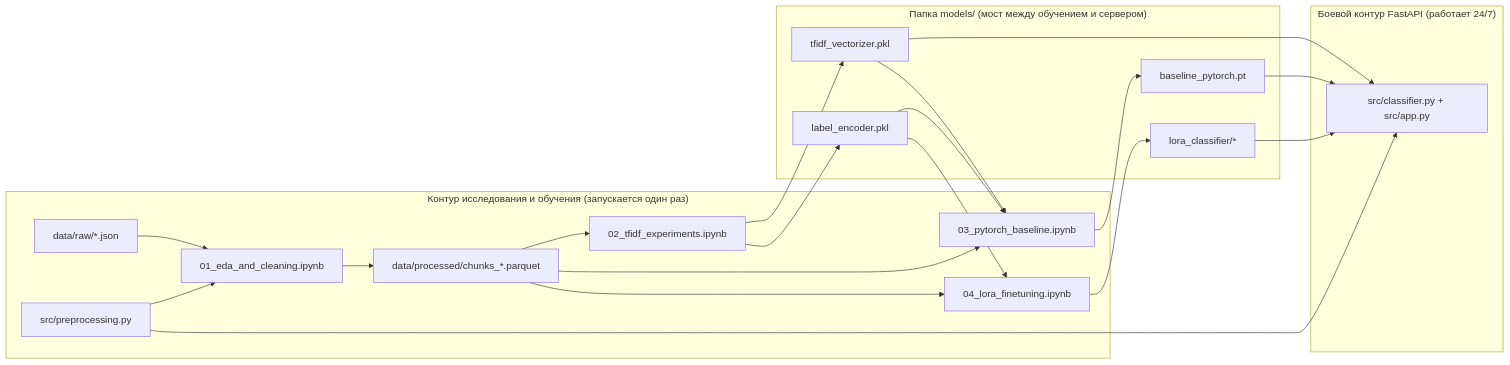
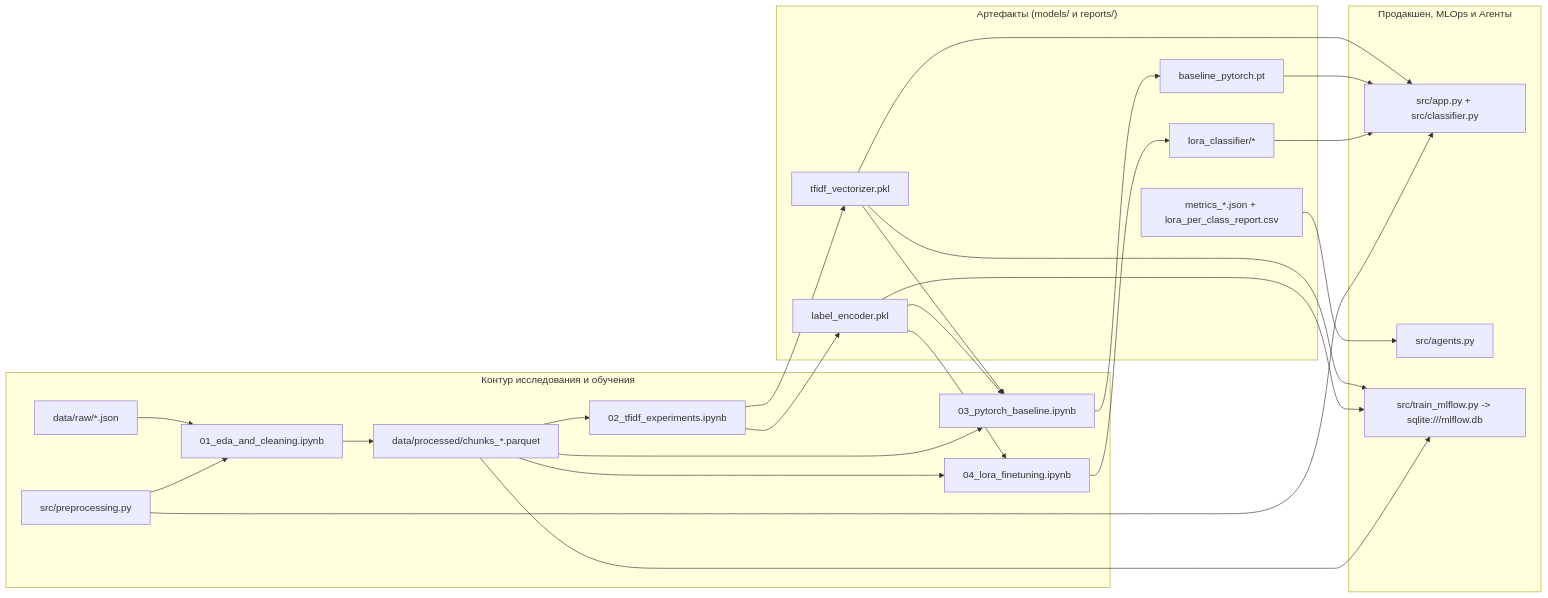
Before and after one commit to dsv-lt/SovTeh: the second of 2 diagrams in docs/CODEBASE_ARCHITECTURE.md, drawn with Mermaid. The commit also changed other lines of this file and 4 other files, not shown here.

Commit message:
docs: align architecture, technical docs, user guide, report, and README

````diff
--- a/docs/CODEBASE_ARCHITECTURE.md
+++ b/docs/CODEBASE_ARCHITECTURE.md
@@ -146,35 +154,42 @@
 ```mermaid
 flowchart LR
-    subgraph Train["Контур исследования и обучения (запускается один раз)"]
+    subgraph Train["Контур исследования и обучения"]
         raw["data/raw/*.json"] --> nb1["01_eda_and_cleaning.ipynb"]
-        prep1["src/preprocessing.py"] --> nb1
+        prep["src/preprocessing.py"] --> nb1
         nb1 --> parquet["data/processed/chunks_*.parquet"]
         parquet --> nb2["02_tfidf_experiments.ipynb"]
         parquet --> nb3["03_pytorch_baseline.ipynb"]
         parquet --> nb4["04_lora_finetuning.ipynb"]
     end
 
-    subgraph Artifacts["Папка models/ (мост между обучением и сервером)"]
+    subgraph Artifacts["Артефакты (models/ и reports/)"]
         vec["tfidf_vectorizer.pkl"]
         le["label_encoder.pkl"]
         pt["baseline_pytorch.pt"]
         lora["lora_classifier/*"]
+        rep["metrics_*.json + lora_per_class_report.csv"]
     end
 
     nb2 --> vec
     nb2 --> le
     vec --> nb3
     le --> nb3
     nb3 --> pt
     le --> nb4
     nb4 --> lora
 
-    subgraph Prod["Боевой контур FastAPI (работает 24/7)"]
-        srv["src/classifier.py + src/app.py"]
+    subgraph Prod["Продакшен, MLOps и Агенты"]
+        srv["src/app.py + src/classifier.py"]
+        ag["src/agents.py"]
+        mlops["src/train_mlflow.py -> sqlite:///mlflow.db"]
     end
 
     vec --> srv
     pt --> srv
     lora --> srv
-    prep1 --> srv
+    prep --> srv
+    rep --> ag
+    vec --> mlops
+    le --> mlops
+    parquet --> mlops
 ```
````
